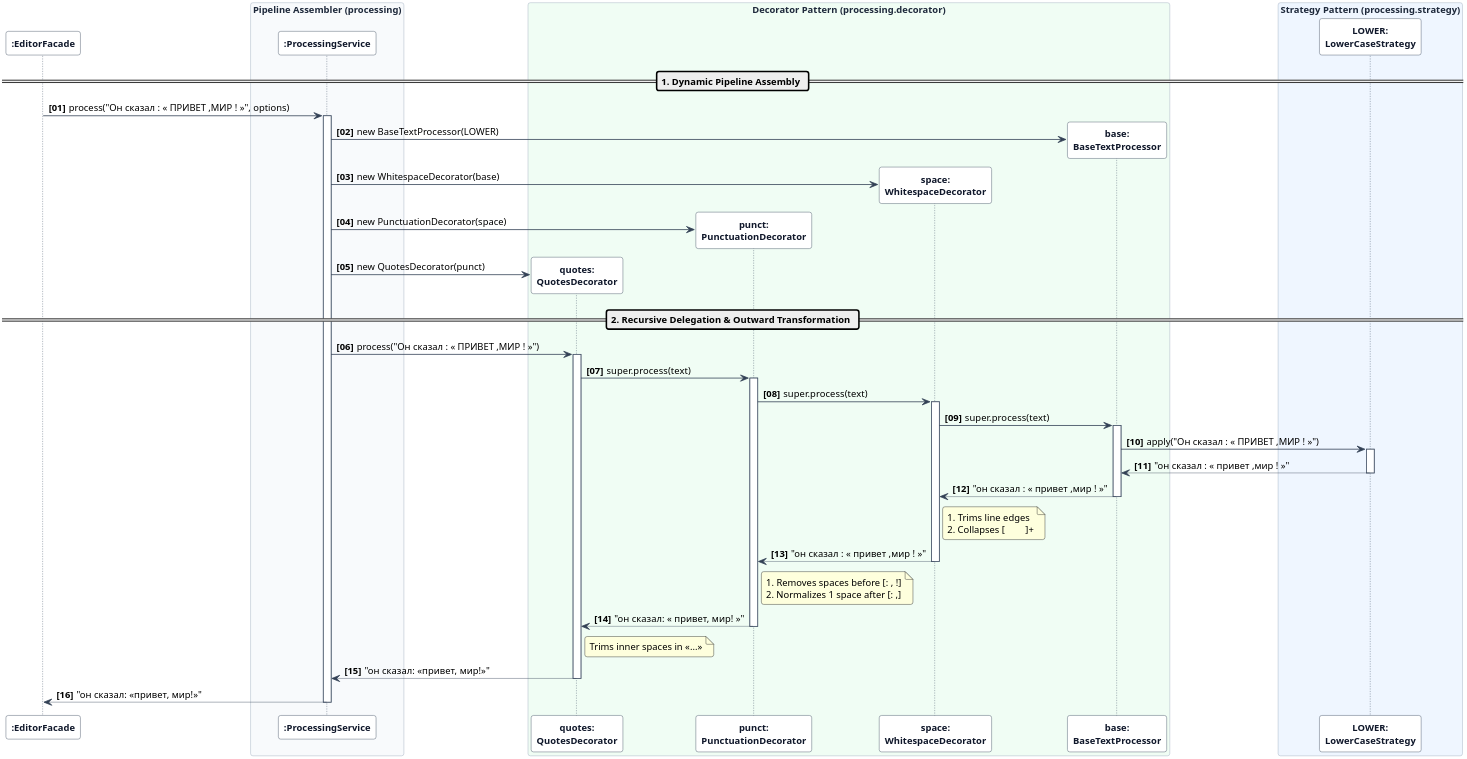
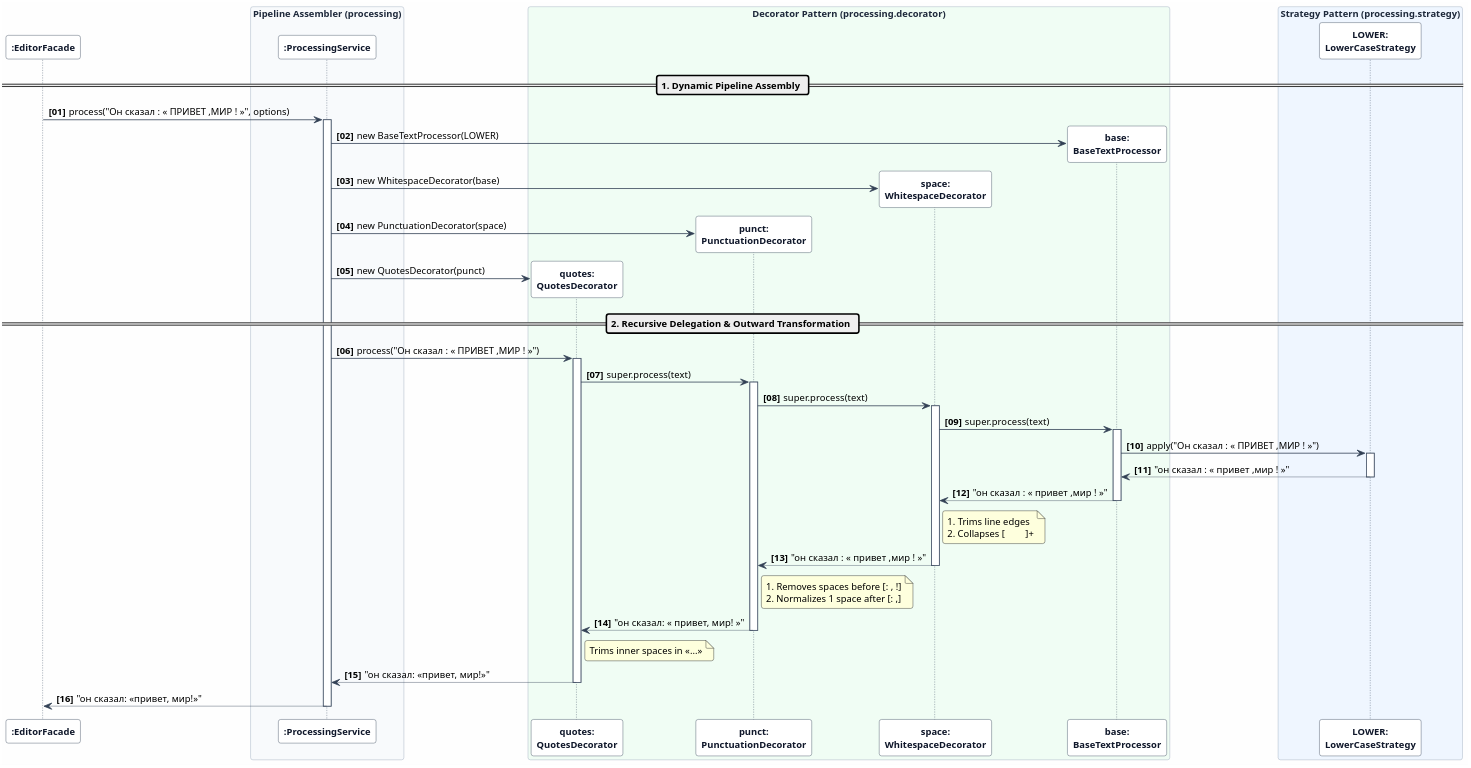
The diagram in docs/uml/06-strategy-decorator-sequence.puml (Wrlld1/htx-edit), drawn with PlantUML before and after one commit. The commit also changed 7 other files, not shown here.

Commit message:
fix: diagrams visibility

```diff
--- a/docs/uml/06-strategy-decorator-sequence.puml
+++ b/docs/uml/06-strategy-decorator-sequence.puml
@@ -1,94 +1,94 @@
 @startuml
-skinparam backgroundColor #FFFFFF
+skinparam backgroundColor #FEFEFE
 skinparam shadowing false
 skinparam roundcorner 6
 skinparam dpi 300
 skinparam defaultFontName "Segoe UI"
 skinparam defaultFontSize 12
 skinparam sequence {
     ArrowColor #334155
     LifeLineBorderColor #475569
     LifeLineBackgroundColor #FFFFFF
     ParticipantBorderColor #334155
     ParticipantBackgroundColor #FFFFFF
     ParticipantFontColor #0F172A
     ParticipantFontStyle bold
     BoxBorderColor #94A3B8
     BoxFontColor #1E293B
     BoxFontSize 12
     NoteBackgroundColor #FFFBEB
     NoteBorderColor #F59E0B
 }
 
 autonumber "<b>[00]"
 
 participant ":EditorFacade" as Facade
 
 box "Pipeline Assembler (processing)" #F8FAFC
     participant ":ProcessingService" as Service
 end box
 
 box "Decorator Pattern (processing.decorator)" #F0FDF4
     participant "quotes:\nQuotesDecorator" as Quotes
     participant "punct:\nPunctuationDecorator" as Punct
     participant "space:\nWhitespaceDecorator" as Space
     participant "base:\nBaseTextProcessor" as Base
 end box
 
 box "Strategy Pattern (processing.strategy)" #EFF6FF
     participant "LOWER:\nLowerCaseStrategy" as Strategy
 end box
 
 == 1. Dynamic Pipeline Assembly ==
 Facade -> Service : process("Он сказал : « ПРИВЕТ ,МИР ! »", options)
 activate Service
 
 Service -> Base ** : new BaseTextProcessor(LOWER)
 Service -> Space ** : new WhitespaceDecorator(base)
 Service -> Punct ** : new PunctuationDecorator(space)
 Service -> Quotes ** : new QuotesDecorator(punct)
 
 == 2. Recursive Delegation & Outward Transformation ==
 Service -> Quotes : process("Он сказал : « ПРИВЕТ ,МИР ! »")
 activate Quotes
 
 Quotes -> Punct : super.process(text)
 activate Punct
 
 Punct -> Space : super.process(text)
 activate Space
 
 Space -> Base : super.process(text)
 activate Base
 
 Base -> Strategy : apply("Он сказал : « ПРИВЕТ ,МИР ! »")
 activate Strategy
 Strategy --> Base : "он сказал : « привет ,мир ! »"
 deactivate Strategy
 
 Base --> Space : "он сказал : « привет ,мир ! »"
 deactivate Base
 
 note right of Space
   1. Trims line edges
   2. Collapses [ \t]+
 end note
 Space --> Punct : "он сказал : « привет ,мир ! »"
 deactivate Space
 
 note right of Punct
   1. Removes spaces before [: , !]
   2. Normalizes 1 space after [: ,]
 end note
 Punct --> Quotes : "он сказал: « привет, мир! »"
 deactivate Punct
 
 note right of Quotes
   Trims inner spaces in «...»
 end note
 Quotes --> Service : "он сказал: «привет, мир!»"
 deactivate Quotes
 
 Service --> Facade : "он сказал: «привет, мир!»"
 deactivate Service
 @enduml
```
